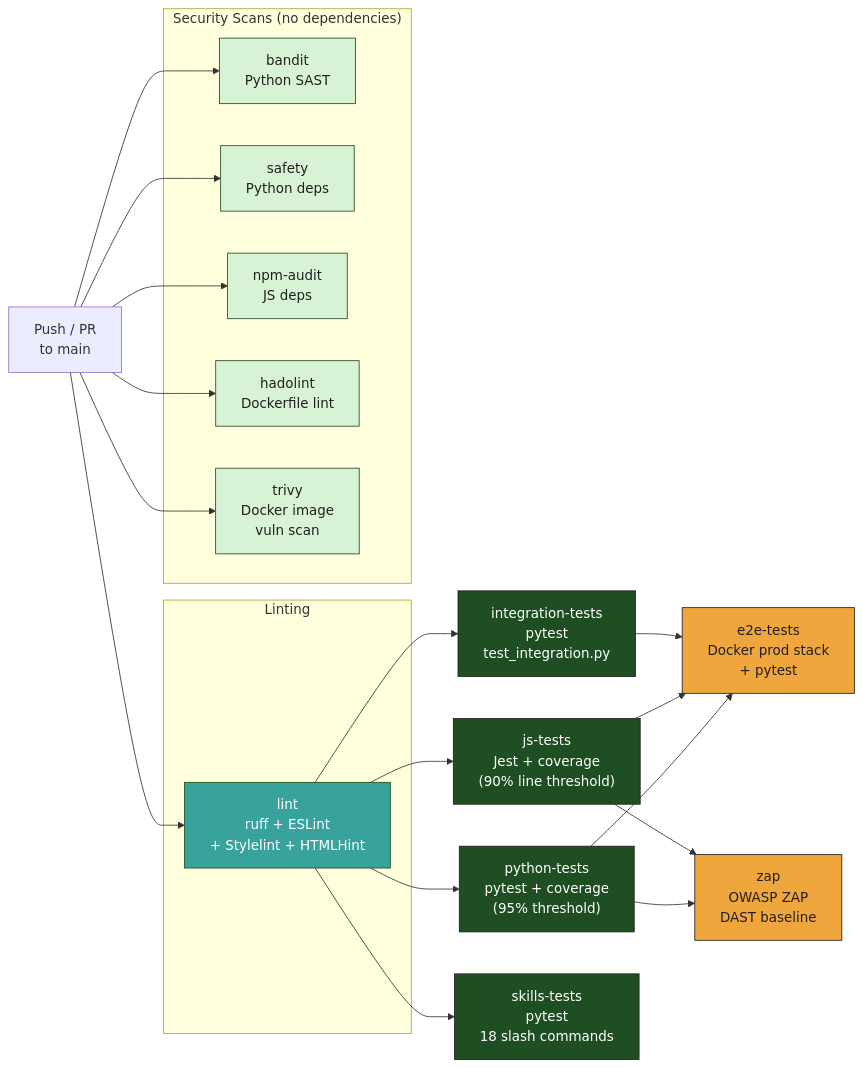
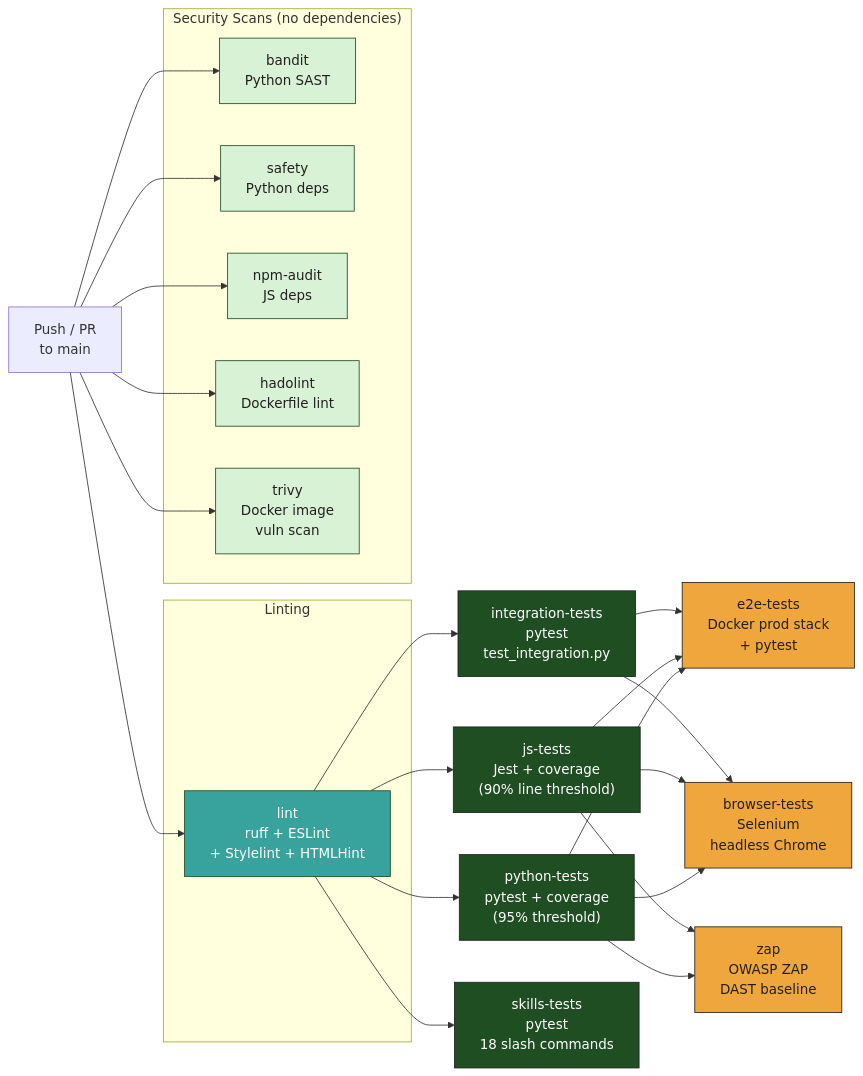
The fifth of 6 diagrams in README.md (mgmarques/radiocalico), drawn with Mermaid before and after one commit. The commit also changed other lines of this file and 7 other files, not shown here.

First line of the commit message:
Update docs: architecture diagrams, tech-spec, V&V plan, README, CI threshold

````diff
--- a/README.md
+++ b/README.md
@@ -502,47 +502,52 @@
 ```mermaid
 graph LR
     Push["Push / PR<br/>to main"] --> lint
 
     subgraph Linting
         lint["lint<br/>ruff + ESLint<br/>+ Stylelint + HTMLHint"]
     end
 
     lint --> python-tests["python-tests<br/>pytest + coverage<br/>(95% threshold)"]
     lint --> integration-tests["integration-tests<br/>pytest<br/>test_integration.py"]
     lint --> js-tests["js-tests<br/>Jest + coverage<br/>(90% line threshold)"]
     lint --> skills-tests["skills-tests<br/>pytest<br/>18 slash commands"]
 
     python-tests --> e2e-tests["e2e-tests<br/>Docker prod stack<br/>+ pytest"]
     js-tests --> e2e-tests
     integration-tests --> e2e-tests
+
+    python-tests --> browser-tests["browser-tests<br/>Selenium<br/>headless Chrome"]
+    js-tests --> browser-tests
+    integration-tests --> browser-tests
 
     python-tests --> zap["zap<br/>OWASP ZAP<br/>DAST baseline"]
     js-tests --> zap
 
     subgraph "Security Scans (no dependencies)"
         bandit["bandit<br/>Python SAST"]
         safety["safety<br/>Python deps"]
         npm-audit["npm-audit<br/>JS deps"]
         hadolint["hadolint<br/>Dockerfile lint"]
         trivy["trivy<br/>Docker image<br/>vuln scan"]
     end
 
     Push --> bandit
     Push --> safety
     Push --> npm-audit
     Push --> hadolint
     Push --> trivy
 
     style lint fill:#38A29D,stroke:#1F4E23,color:#FFFFFF
     style python-tests fill:#1F4E23,stroke:#231F20,color:#FFFFFF
     style integration-tests fill:#1F4E23,stroke:#231F20,color:#FFFFFF
     style js-tests fill:#1F4E23,stroke:#231F20,color:#FFFFFF
     style skills-tests fill:#1F4E23,stroke:#231F20,color:#FFFFFF
     style e2e-tests fill:#EFA63C,stroke:#231F20,color:#231F20
+    style browser-tests fill:#EFA63C,stroke:#231F20,color:#231F20
     style zap fill:#EFA63C,stroke:#231F20,color:#231F20
     style bandit fill:#D8F2D5,stroke:#1F4E23,color:#231F20
     style safety fill:#D8F2D5,stroke:#1F4E23,color:#231F20
     style npm-audit fill:#D8F2D5,stroke:#1F4E23,color:#231F20
     style hadolint fill:#D8F2D5,stroke:#1F4E23,color:#231F20
     style trivy fill:#D8F2D5,stroke:#1F4E23,color:#231F20
 ```
````
